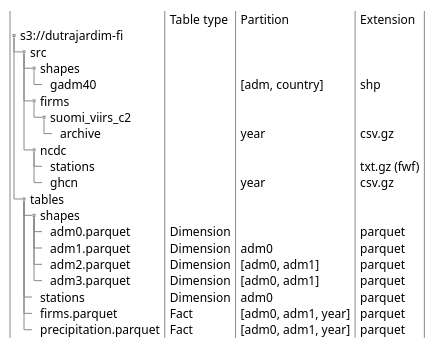
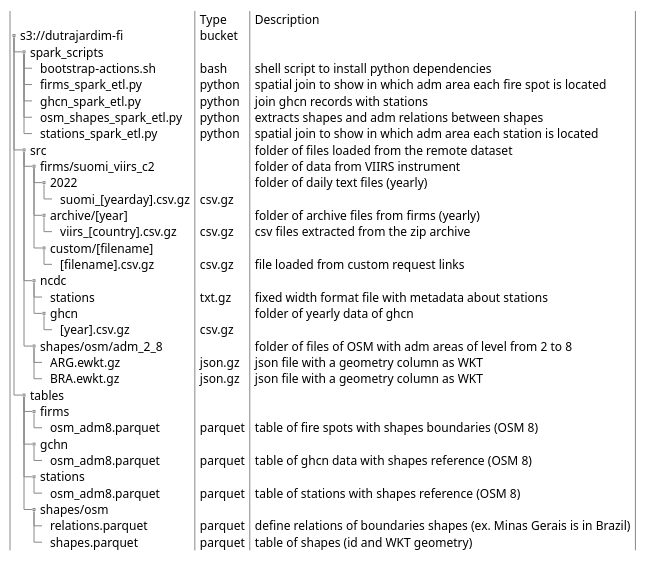
The diagram in docs/plantuml/s3_uml.plantuml (dutrajardim/fire-information), drawn with PlantUML before and after one commit. The commit also changed other lines of this file and 23 other files, not shown here.

```diff
--- a/docs/plantuml/s3_uml.plantuml
+++ b/docs/plantuml/s3_uml.plantuml
@@ -1,26 +1,39 @@
 @startsalt
 {
 {T!
-+                                   | Table type    | Partition             | Extension
-+ s3://dutrajardim-fi               | .             | .                     | .
-++ src                              | .             | .                     | .
-+++ shapes                          | .             | .                     | .
-++++ gadm40                         | .             | [adm, country]        | shp
-+++ firms                           | .             | .                     | .
-++++ suomi_viirs_c2                 | .             | .                     | .
-+++++ archive                       | .             | year                  | csv.gz
-+++ ncdc                            | .             | .                     | .
-++++ stations                       | .             | .                     | txt.gz (fwf)
-++++ ghcn                           | .             | year                  | csv.gz
-++ tables                           | .             | .                     | .
-+++ shapes                          | .             | .                     | .
-++++ adm0.parquet                   | Dimension     | .                     | parquet
-++++ adm1.parquet                   | Dimension     | adm0                  | parquet
-++++ adm2.parquet                   | Dimension     | [adm0, adm1]          | parquet
-++++ adm3.parquet                   | Dimension     | [adm0, adm1]          | parquet
-+++ stations                        | Dimension     | adm0                  | parquet
-+++ firms.parquet                   | Fact          | [adm0, adm1, year]    | parquet
-+++ precipitation.parquet           | Fact          | [adm0, adm1, year]    | parquet
++                                   | Type              | Description          
++ s3://dutrajardim-fi               | bucket            | .             
+++ spark_scripts                    | .                 | .   
++++ bootstrap-actions.sh            | bash              | shell script to install python dependencies 
++++ firms_spark_etl.py              | python            | spatial join to show in which adm area each fire spot is located
++++ ghcn_spark_etl.py               | python            | join ghcn records with stations
++++ osm_shapes_spark_etl.py         | python            | extracts shapes and adm relations between shapes
++++ stations_spark_etl.py           | python            | spatial join to show in which adm area each station is located
+++ src                              | .                 | folder of files loaded from the remote dataset             
++++ firms/suomi_viirs_c2            | .                 | folder of data from VIIRS instrument
+++++ 2022                           | .                 | folder of daily text files (yearly)
++++++ suomi_[yearday].csv.gz        | csv.gz            | .
+++++ archive/[year]                 | .                 | folder of archive files from firms (yearly)
++++++ viirs_[country].csv.gz        | csv.gz            | csv files extracted from the zip archive
+++++ custom/[filename]              | .                 | .
++++++ [filename].csv.gz             | csv.gz            | file loaded from custom request links 
++++ ncdc                            | .                 | .       
+++++ stations                       | txt.gz            | fixed width format file with metadata about stations             
+++++ ghcn                           | .                 | folder of yearly data of ghcn
++++++ [year].csv.gz                 | csv.gz            | .
++++ shapes/osm/adm_2_8              | .                 | folder of files of OSM with adm areas of level from 2 to 8
+++++ ARG.ewkt.gz                    | json.gz           | json file with a geometry column as WKT
+++++ BRA.ewkt.gz                    | json.gz           | json file with a geometry column as WKT
+++ tables                           | .                 | .
++++ firms                           |                   | .
+++++ osm_adm8.parquet               | parquet           | table of fire spots with shapes boundaries (OSM 8)
++++ gchn                            |                   | .
+++++ osm_adm8.parquet               | parquet           | table of ghcn data with shapes reference (OSM 8)
++++ stations                        |                   | .
+++++ osm_adm8.parquet               | parquet           | table of stations with shapes reference (OSM 8)
++++ shapes/osm                      | .                 | .
+++++ relations.parquet              | parquet           | define relations of boundaries shapes (ex. Minas Gerais is in Brazil)
+++++ shapes.parquet                 | parquet           | table of shapes (id and WKT geometry)
 }    
 }
 @endsalt
```
